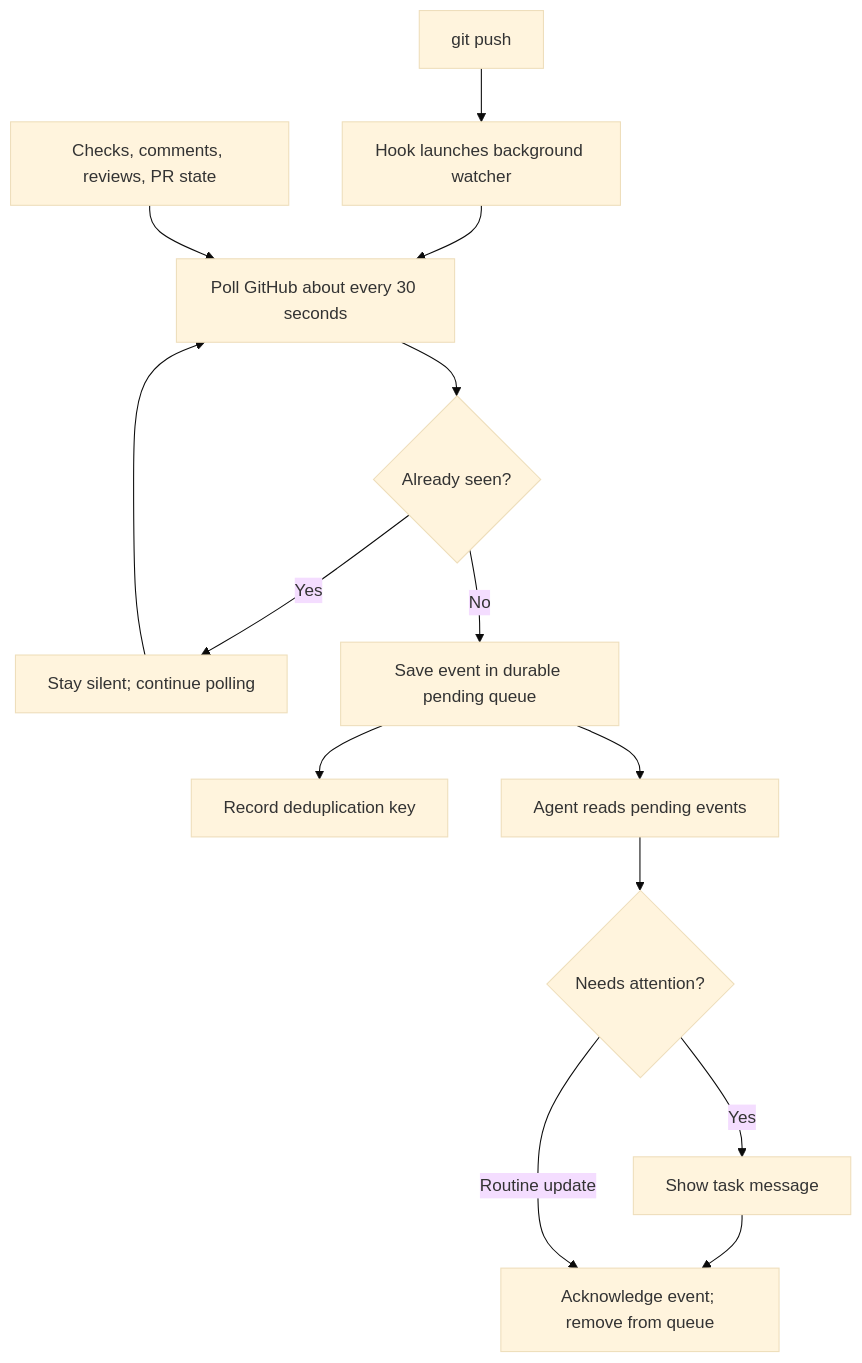
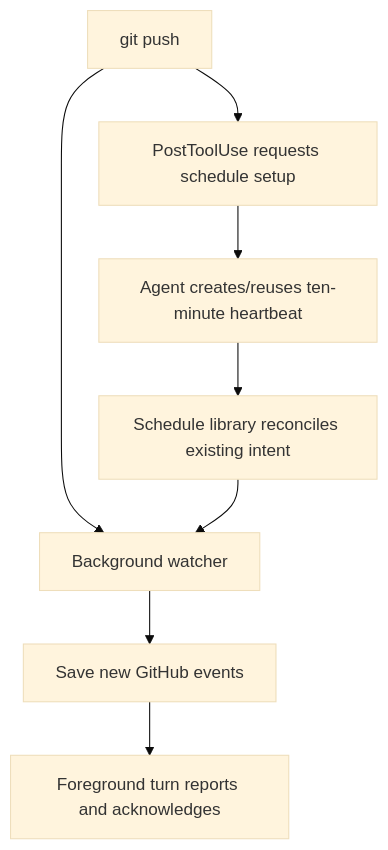
One commit to boxlite-ai/agent-tooling changed the diagram in plugins/boxlite-agent-tooling/.agents/watch/consumer-lifecycle.md. Above: the diagram before and after it, drawn with Mermaid (base theme). The commit also changed other lines of this file and 14 other files, not shown here.

````diff
--- a/plugins/boxlite-agent-tooling/.agents/watch/consumer-lifecycle.md
+++ b/plugins/boxlite-agent-tooling/.agents/watch/consumer-lifecycle.md
@@ -7,16 +7,10 @@
 ```mermaid
 flowchart TD
-    Push["git push"] --> Launch["Hook launches background watcher"]
-    Launch --> Poll["Poll GitHub about every 30 seconds"]
-    GH["Checks, comments, reviews, PR state"] --> Poll
-    Poll --> Seen{"Already seen?"}
-    Seen -->|Yes| Quiet["Stay silent; continue polling"]
-    Quiet --> Poll
-    Seen -->|No| Queue["Save event in durable pending queue"]
-    Queue --> Record["Record deduplication key"]
-    Queue --> Consumer["Agent reads pending events"]
-    Consumer --> Action{"Needs attention?"}
-    Action -->|Yes| Report["Show task message"]
-    Report --> Ack["Acknowledge event; remove from queue"]
-    Action -->|Routine update| Ack
+    Push["git push"] --> Watcher["Background watcher"]
+    Push --> Hook["PostToolUse requests schedule setup"]
+    Hook --> Schedule["Agent creates/reuses ten-minute heartbeat"]
+    Schedule --> Library["Schedule library reconciles existing intent"]
+    Library --> Watcher
+    Watcher --> Queue["Save new GitHub events"]
+    Queue --> Foreground["Foreground turn reports and acknowledges"]
 ```
````
